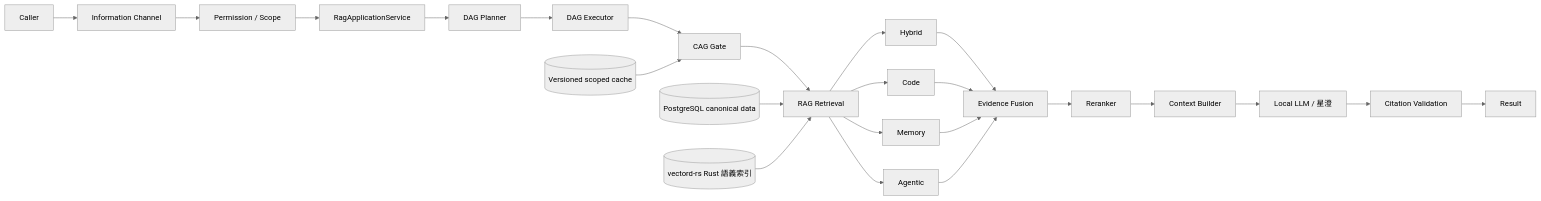
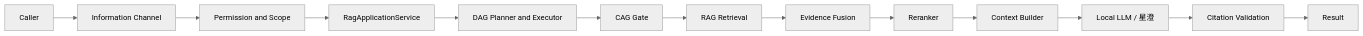
Before and after one commit to guilty442-source/GPTBridge: the fifth of 9 diagrams in governance_rule/codex/architecture-project.md, drawn with Mermaid (neutral theme). The commit also changed other lines of this file and 14 other files, not shown here.

Commit message:
codex sync 15:00:49Z: zh-TW mirror parts + architecture docs refreshed; formal rule evaluator codes renamed to canonical (_V1 suffix dropped; GO_RUST_NODE->GO_RUST_RUNTIME, JAX_PYTORCH->JAX_FRAMEWORK); release-dependencies pin

````diff
--- a/governance_rule/codex/architecture-project.md
+++ b/governance_rule/codex/architecture-project.md
@@ -196,27 +93,15 @@
 ```mermaid
 flowchart LR
-  CALLER[Caller] --> CH[Information Channel]
-  CH --> SCOPE[Permission / Scope]
+  CALLER[Caller] --> INFO[Information Channel]
+  INFO --> SCOPE[Permission and Scope]
   SCOPE --> APP[RagApplicationService]
-  APP --> PLAN[DAG Planner]
-  PLAN --> EXEC[DAG Executor]
-  EXEC --> CACHE[CAG Gate]
-  CACHE --> RET[RAG Retrieval]
-  RET --> HYB[Hybrid]
-  RET --> CODE[Code]
-  RET --> MEM[Memory]
-  RET --> AG[Agentic]
-  HYB --> FUSE[Evidence Fusion]
-  CODE --> FUSE
-  MEM --> FUSE
-  AG --> FUSE
+  APP --> DAG[DAG Planner and Executor]
+  DAG --> CAG[CAG Gate]
+  CAG --> RAG[RAG Retrieval]
+  RAG --> FUSE[Evidence Fusion]
   FUSE --> RERANK[Reranker]
-  RERANK --> CTX[Context Builder]
-  CTX --> LLM[Local LLM / 星澄]
+  RERANK --> CONTEXT[Context Builder]
+  CONTEXT --> LLM[Local LLM / 星澄]
   LLM --> CITE[Citation Validation]
   CITE --> RESULT[Result]
-
-  PG[(PostgreSQL canonical data)] --> RET
-  VD[(vectord-rs Rust 語義索引)] --> RET
-  CSTORE[(Versioned scoped cache)] --> CACHE
 ```
````
